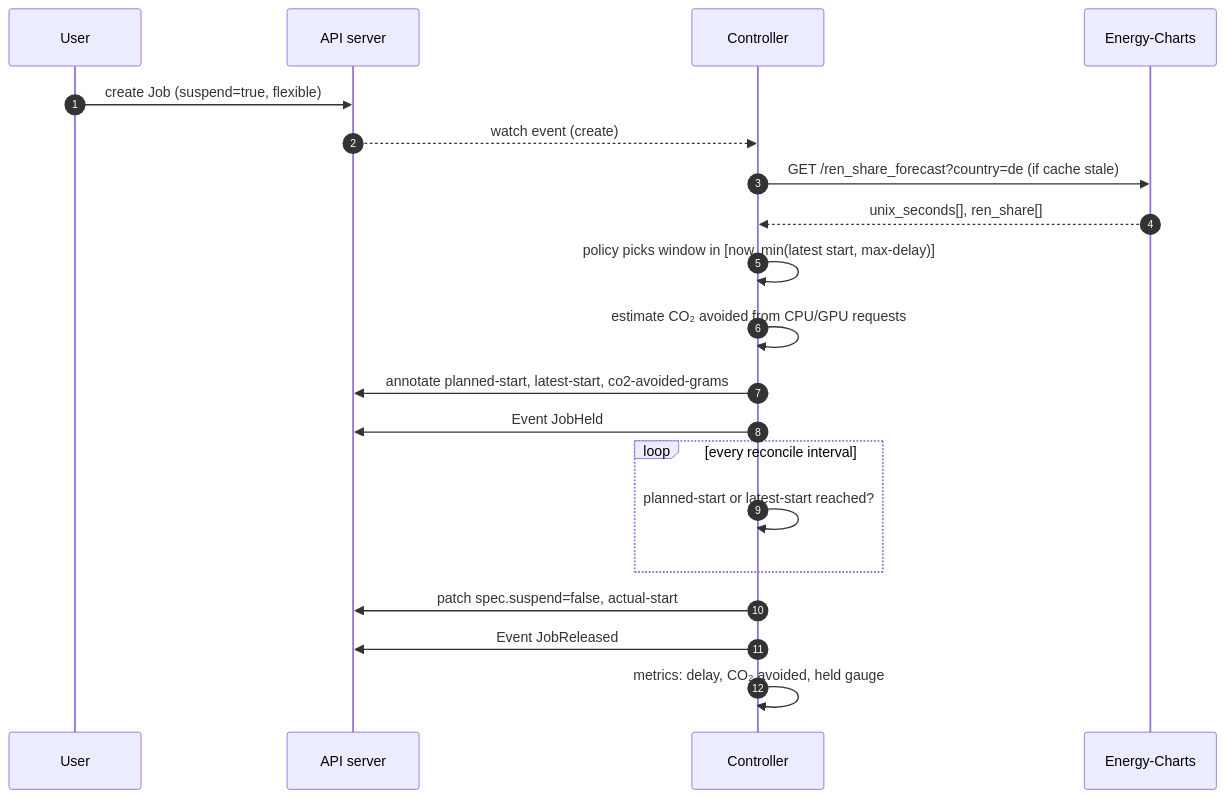
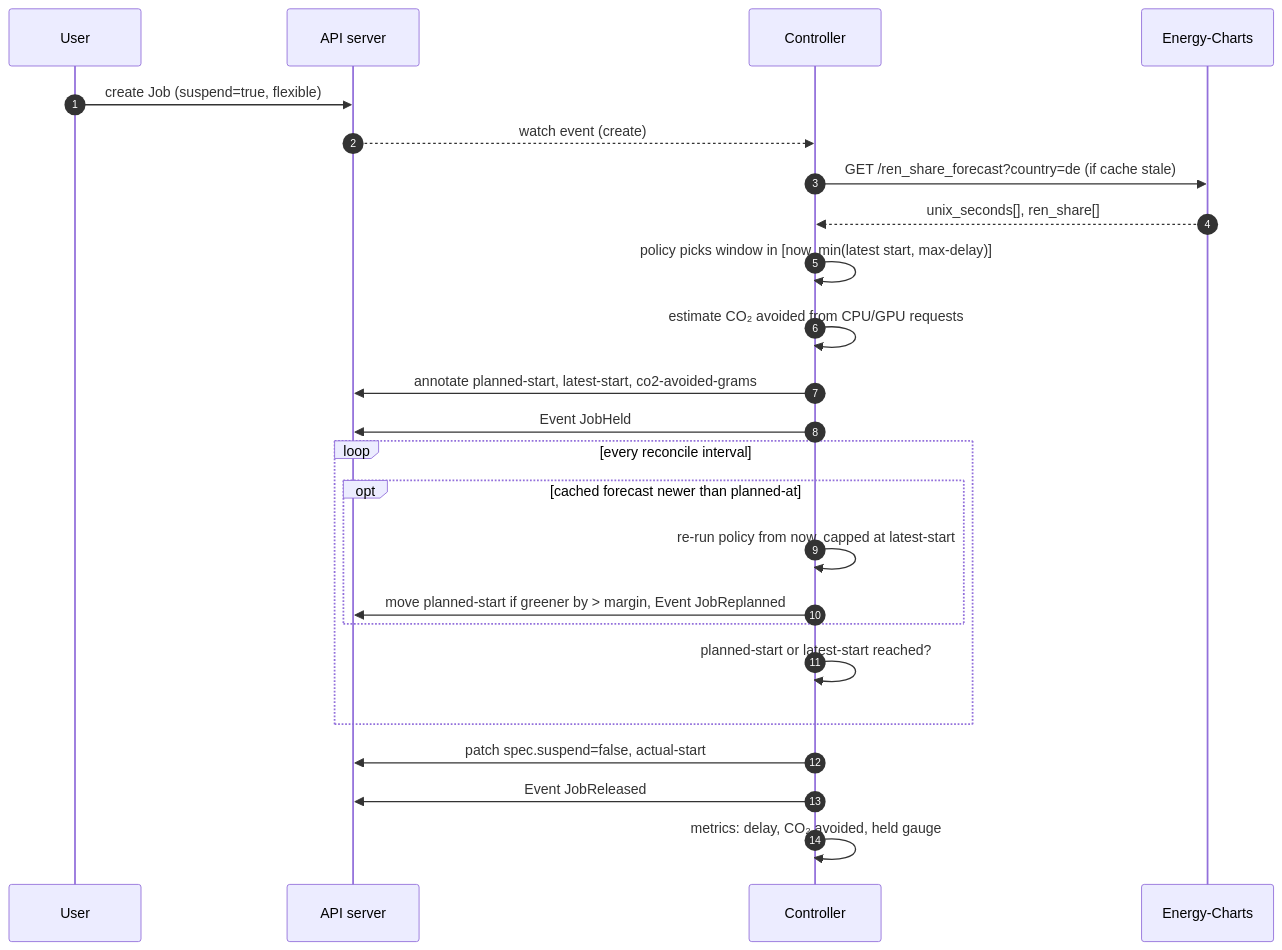
Before and after one commit to mahmudul-islam32/carbon-aware-k8s-scheduler: the third of 3 diagrams in docs/ARCHITECTURE.md, drawn with Mermaid. The commit also changed other lines of this file and 15 other files, not shown here.

````diff
--- a/docs/ARCHITECTURE.md
+++ b/docs/ARCHITECTURE.md
@@ -68,22 +69,26 @@
 ```mermaid
 sequenceDiagram
     autonumber
     participant U as User
     participant K as API server
     participant C as Controller
     participant E as Energy-Charts
     U->>K: create Job (suspend=true, flexible)
     K-->>C: watch event (create)
     C->>E: GET /ren_share_forecast?country=de (if cache stale)
     E-->>C: unix_seconds[], ren_share[]
     C->>C: policy picks window in [now, min(latest start, max-delay)]
     C->>C: estimate CO₂ avoided from CPU/GPU requests
     C->>K: annotate planned-start, latest-start, co2-avoided-grams
     C->>K: Event JobHeld
     loop every reconcile interval
+        opt cached forecast newer than planned-at
+            C->>C: re-run policy from now, capped at latest-start
+            C->>K: move planned-start if greener by > margin, Event JobReplanned
+        end
         C->>C: planned-start or latest-start reached?
     end
     C->>K: patch spec.suspend=false, actual-start
     C->>K: Event JobReleased
     C->>C: metrics: delay, CO₂ avoided, held gauge
 ```
````
